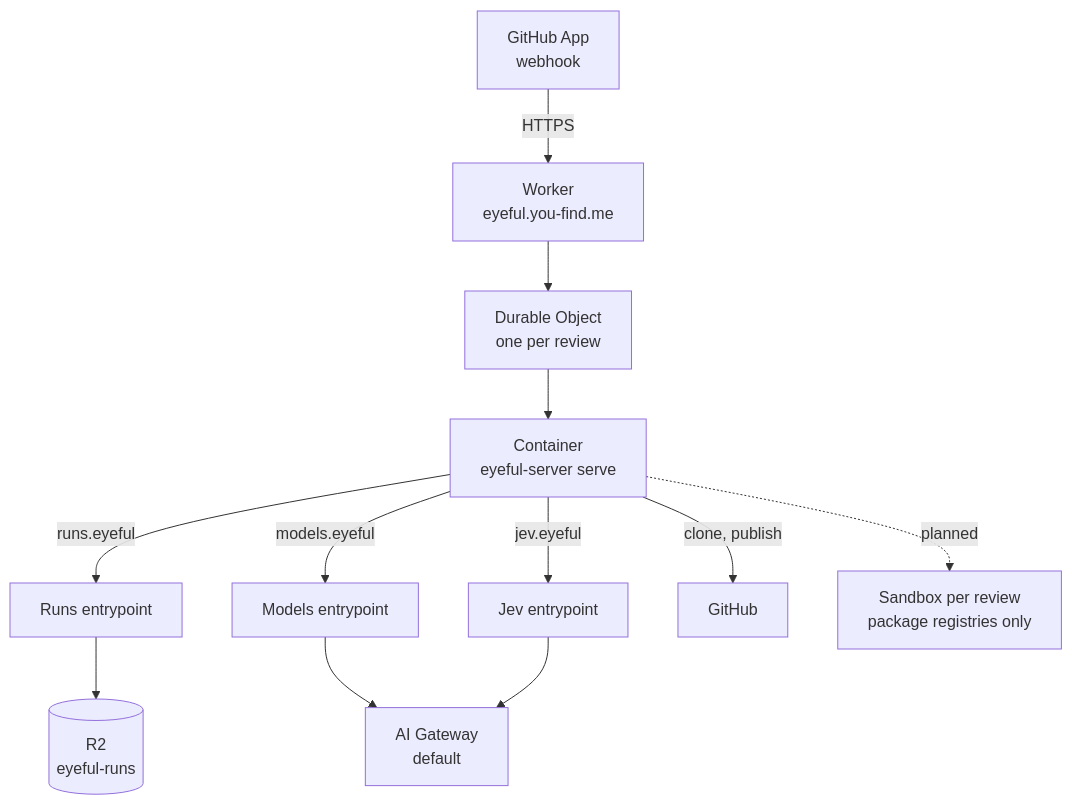
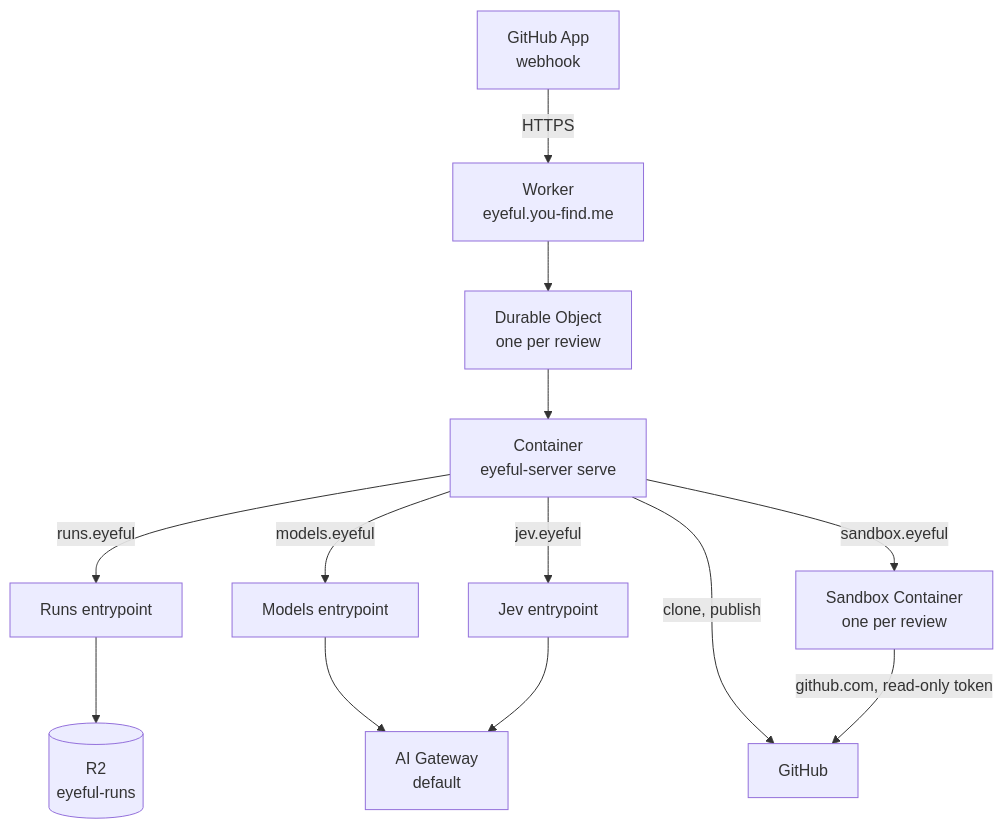
Before and after one commit to Pleasurecruise/eyeful: the first of 2 diagrams in docs/cloud/DEPLOYMENT.md, drawn with Mermaid. The commit also changed other lines of this file and 35 other files, not shown here.

First line of the commit message:
feat: verify cloud reviews by running tests in a sandbox per review

````diff
--- a/docs/cloud/DEPLOYMENT.md
+++ b/docs/cloud/DEPLOYMENT.md
@@ -29,11 +30,12 @@
 ```mermaid
 flowchart TB
     gh["GitHub App<br/>webhook"] -->|HTTPS| worker["Worker<br/>eyeful.you-find.me"]
     worker --> do["Durable Object<br/>one per review"]
     do --> server["Container<br/>eyeful-server serve"]
     server -->|"runs.eyeful"| runs["Runs entrypoint"] --> r2[("R2<br/>eyeful-runs")]
     server -->|"models.eyeful"| models["Models entrypoint"] --> gateway["AI Gateway<br/>default"]
     server -->|"jev.eyeful"| jev["Jev entrypoint"] --> gateway
     server -->|clone, publish| github["GitHub"]
-    server -.->|planned| sandbox["Sandbox per review<br/>package registries only"]
+    server -->|"sandbox.eyeful"| sandbox["Sandbox Container<br/>one per review"]
+    sandbox -->|"github.com, read-only token"| github
 ```
````
